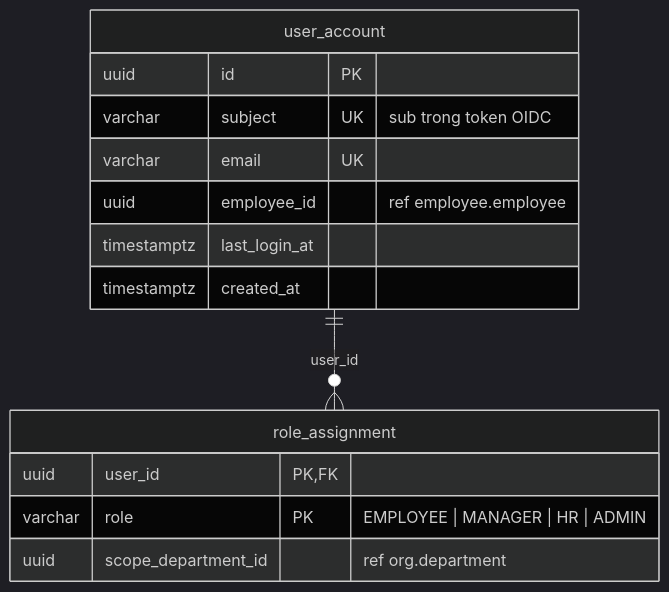
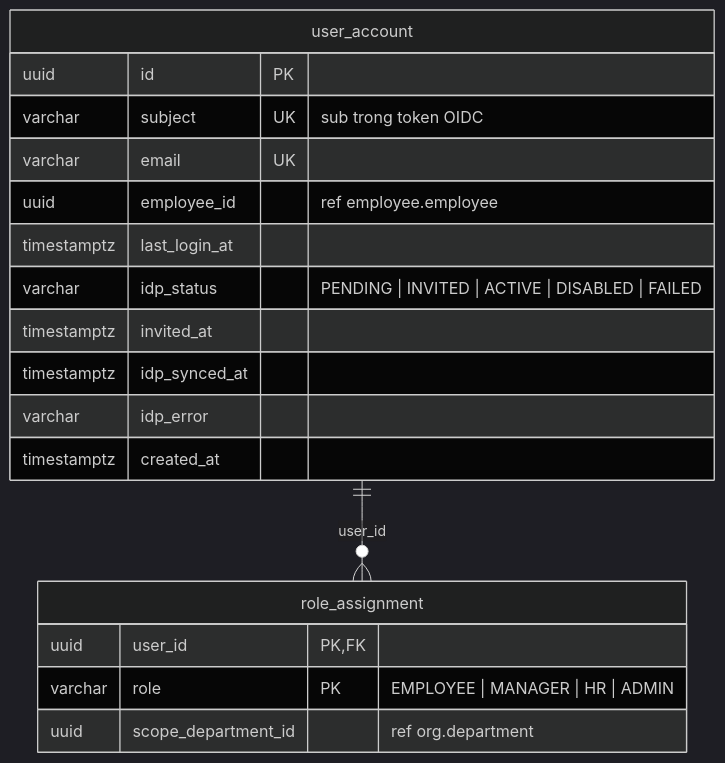
One commit to Acerchicken/HR-Enterprise-Platform changed the second of 7 diagrams in docs/architecture/database-schema.md. Above: the diagram before and after it, drawn with Mermaid (dark theme). The commit also changed other lines of this file and 46 other files, not shown here.

````diff
--- a/docs/architecture/database-schema.md
+++ b/docs/architecture/database-schema.md
@@ -98,17 +98,21 @@
 ```mermaid
 erDiagram
   user_account ||--o{ role_assignment : "user_id"
   user_account {
     uuid id PK
     varchar subject UK "sub trong token OIDC"
     varchar email UK
     uuid employee_id "ref employee.employee"
     timestamptz last_login_at
+    varchar idp_status "PENDING | INVITED | ACTIVE | DISABLED | FAILED"
+    timestamptz invited_at
+    timestamptz idp_synced_at
+    varchar idp_error
     timestamptz created_at
   }
   role_assignment {
     uuid user_id PK,FK
     varchar role PK "EMPLOYEE | MANAGER | HR | ADMIN"
     uuid scope_department_id "ref org.department"
   }
 ```
````
